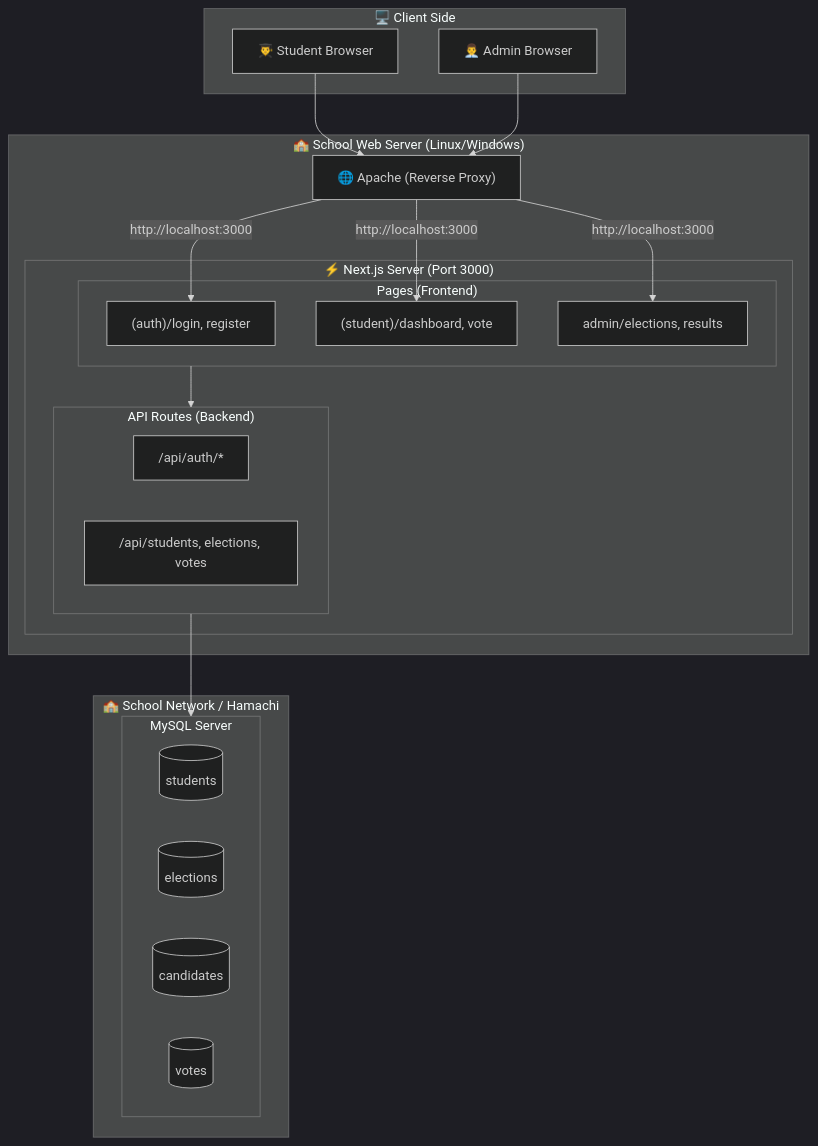
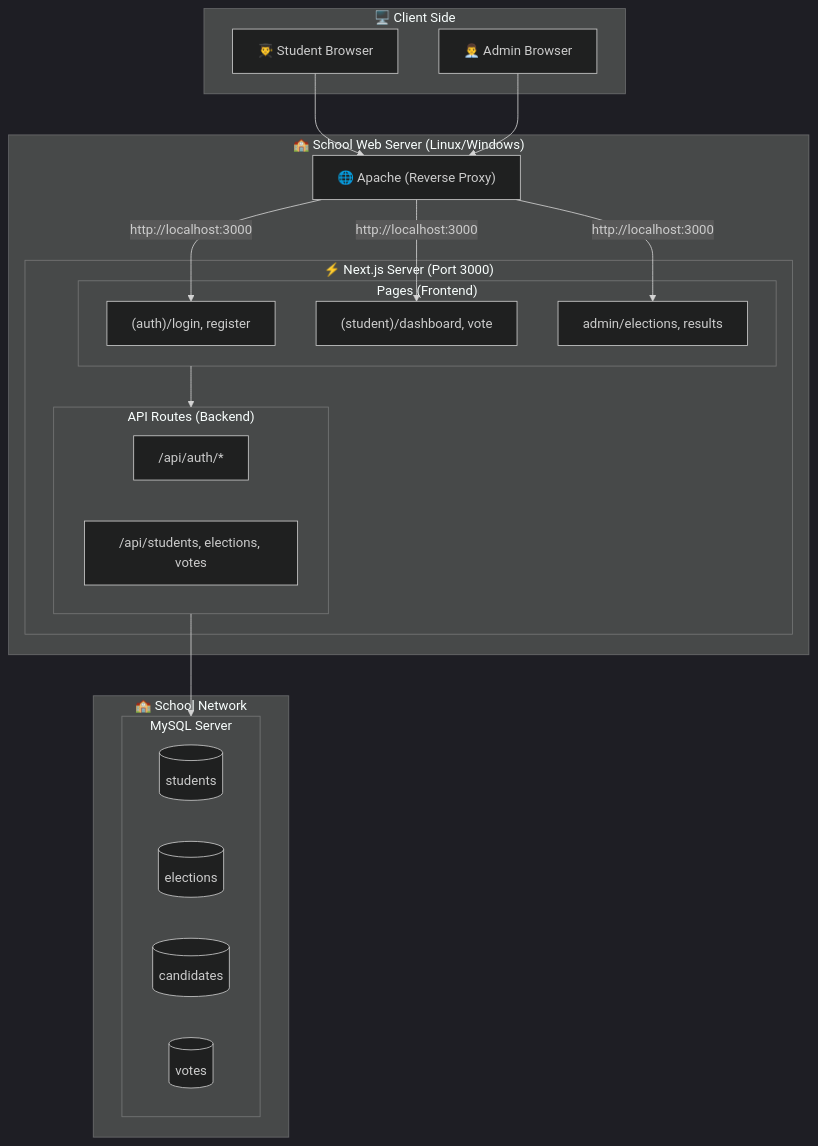
One commit to LoveMig6334/cd-voting-0 changed the diagram in app/poc/README.md. Above: the diagram before and after it, drawn with Mermaid (dark theme). The commit also changed 6 other files, not shown here.

Commit message:
feat: Introduce database utilities, schema, and public display features for election results.

````diff
--- a/app/poc/README.md
+++ b/app/poc/README.md
@@ -51,40 +51,40 @@
 ```mermaid
 flowchart TB
     subgraph CLIENT["🖥️ Client Side"]
         STUDENT["👨‍🎓 Student Browser"]
         ADMIN["👨‍💼 Admin Browser"]
     end
 
     subgraph SCHOOL_SERVER["🏫 School Web Server (Linux/Windows)"]
         APACHE["🌐 Apache (Reverse Proxy)"]
 
         subgraph NEXTJS["⚡ Next.js Server (Port 3000)"]
             subgraph PAGES["Pages (Frontend)"]
                 AUTH["(auth)/login, register"]
                 STU_PAGES["(student)/dashboard, vote"]
                 ADM_PAGES["admin/elections, results"]
             end
 
             subgraph API["API Routes (Backend)"]
                 API_AUTH["/api/auth/*"]
                 API_DATA["/api/students, elections, votes"]
             end
         end
     end
 
-    subgraph SCHOOL_NET["🏫 School Network / Hamachi"]
+    subgraph SCHOOL_NET["🏫 School Network"]
         subgraph DB["MySQL Server"]
             TBL_STU[("students")]
             TBL_ELEC[("elections")]
             TBL_CAND[("candidates")]
             TBL_VOTE[("votes")]
         end
     end
 
     STUDENT --> APACHE
     ADMIN --> APACHE
     APACHE --"http://localhost:3000"--> AUTH & STU_PAGES & ADM_PAGES
 
     PAGES --> API
     API --> DB
 ```
````
